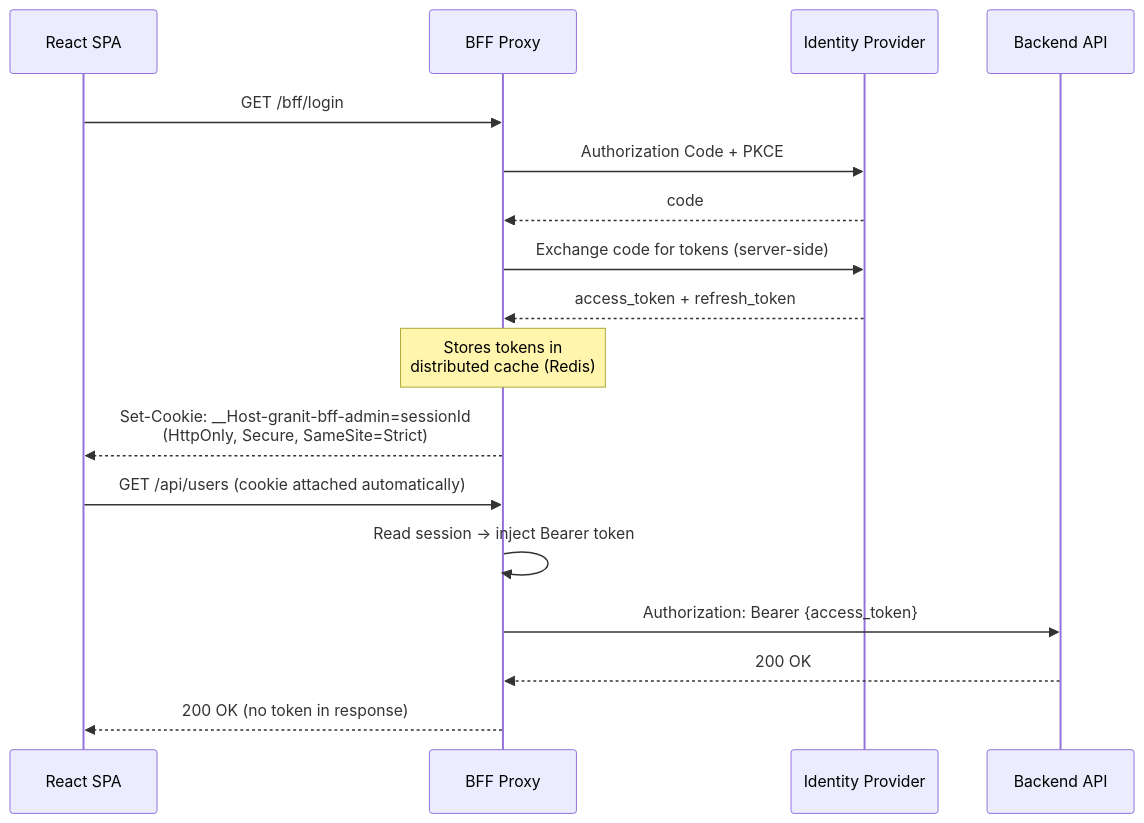
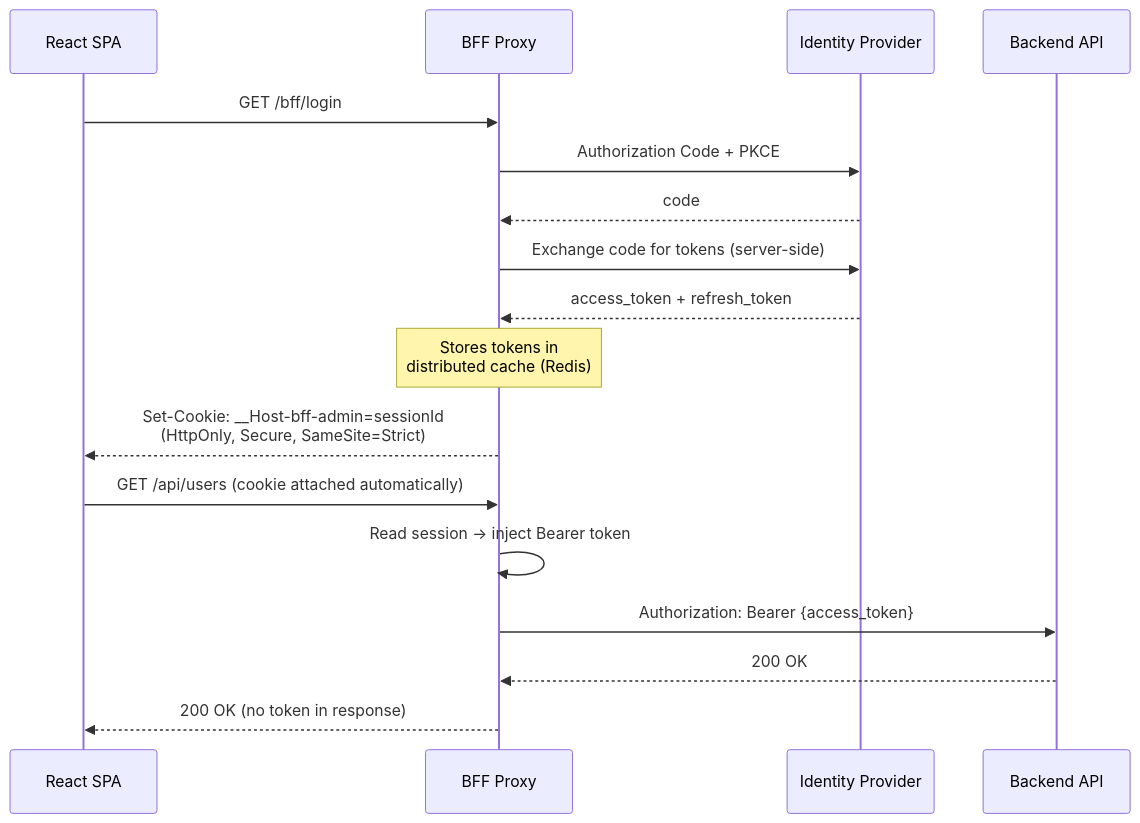
One commit to granit-fx/granit-dotnet changed the second of 2 diagrams in docs-site/src/content/docs/blog/why-your-react-app-should-never-touch-an-access-token.mdx. Above: the diagram before and after it, drawn with Mermaid. The commit also changed other lines of this file and 12 other files, not shown here.

Commit message:
chore: include pending local changes (BFF options, docs, cookie contrib)

````diff
--- a/docs-site/src/content/docs/blog/why-your-react-app-should-never-touch-an-access-token.mdx
+++ b/docs-site/src/content/docs/blog/why-your-react-app-should-never-touch-an-access-token.mdx
@@ -68,20 +68,20 @@
 ```mermaid
 sequenceDiagram
     participant Browser as React SPA
     participant BFF as BFF Proxy
     participant IDP as Identity Provider
     participant API as Backend API
 
     Browser->>BFF: GET /bff/login
     BFF->>IDP: Authorization Code + PKCE
     IDP-->>BFF: code
     BFF->>IDP: Exchange code for tokens (server-side)
     IDP-->>BFF: access_token + refresh_token
     Note over BFF: Stores tokens in<br/>distributed cache (Redis)
-    BFF-->>Browser: Set-Cookie: __Host-granit-bff-admin=sessionId<br/>(HttpOnly, Secure, SameSite=Strict)
+    BFF-->>Browser: Set-Cookie: __Host-bff-admin=sessionId<br/>(HttpOnly, Secure, SameSite=Strict)
     Browser->>BFF: GET /api/users (cookie attached automatically)
     BFF->>BFF: Read session → inject Bearer token
     BFF->>API: Authorization: Bearer {access_token}
     API-->>BFF: 200 OK
     BFF-->>Browser: 200 OK (no token in response)
 ```
````
